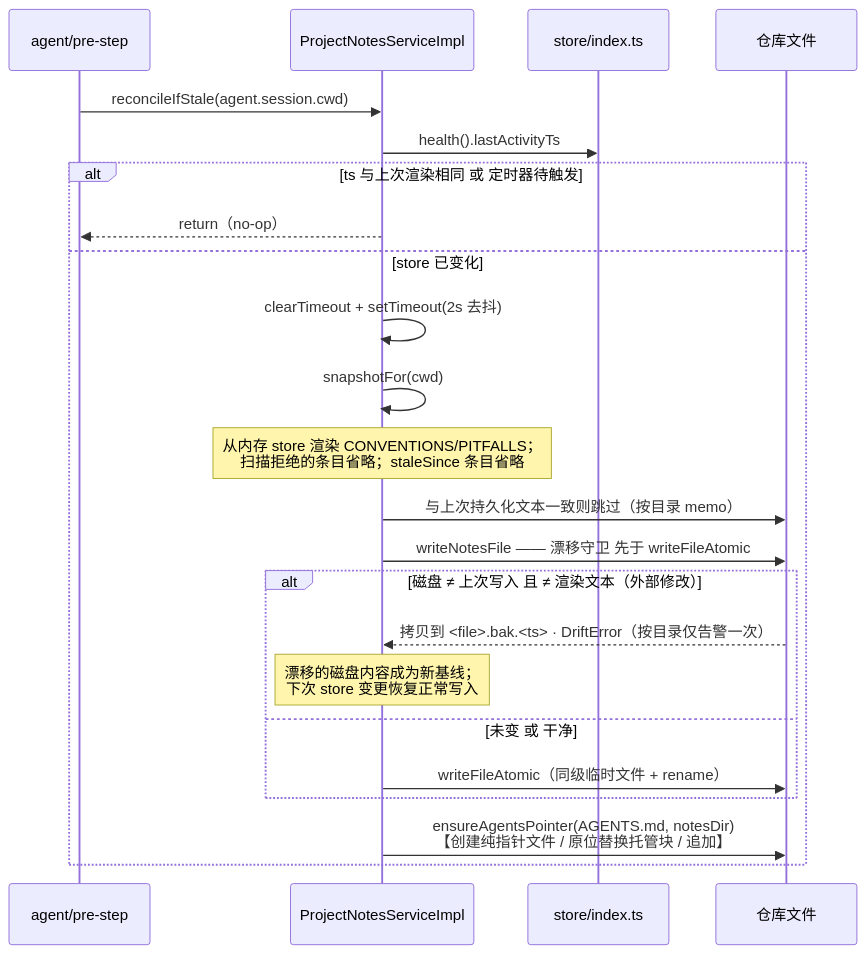
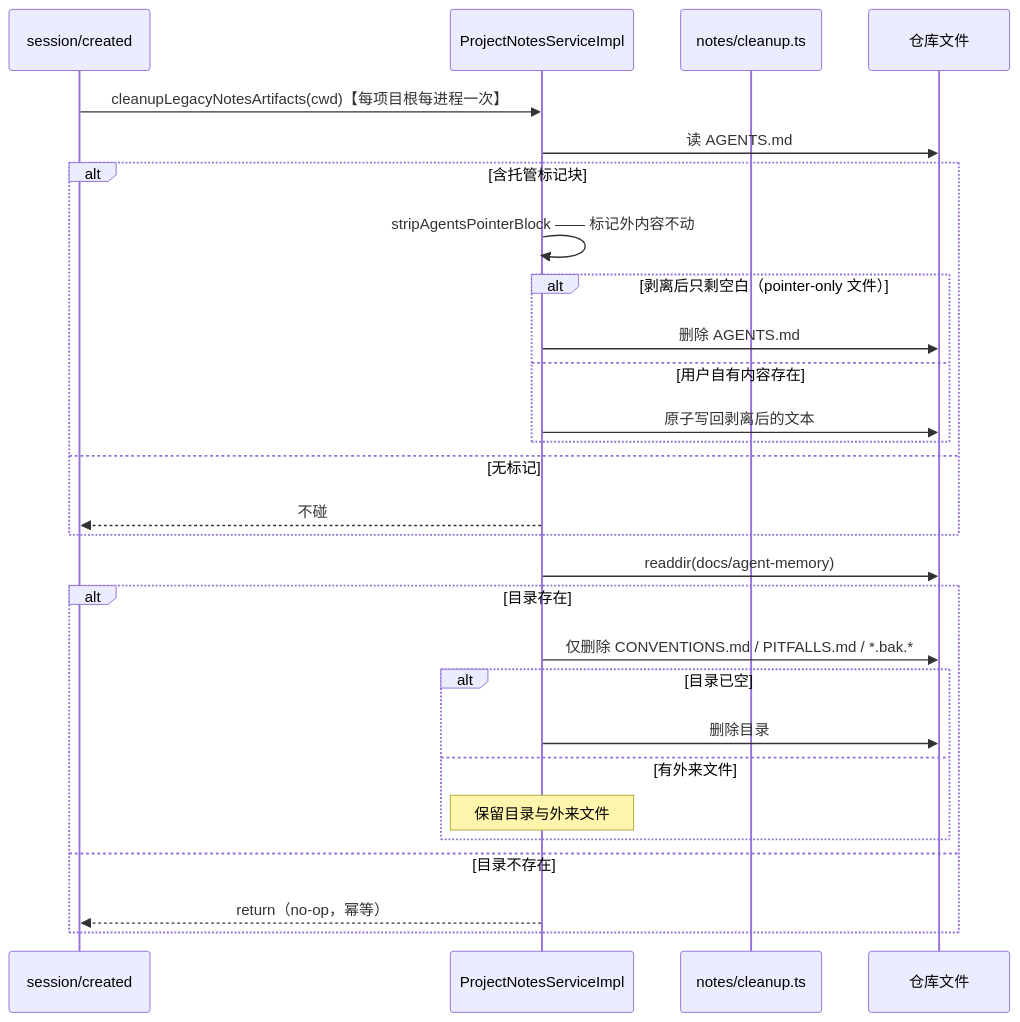
Before and after one commit to chenhw7/dsh-memory: the tenth of 14 diagrams in docs/SEQUENCE_DIAGRAMS.zh-CN.md, drawn with Mermaid. The commit also changed other lines of this file and 27 other files, not shown here.

First line of the commit message:
feat(notes)!: stop writing memory files into the user's repo (prompt-only projection)

````diff
--- a/docs/SEQUENCE_DIAGRAMS.zh-CN.md
+++ b/docs/SEQUENCE_DIAGRAMS.zh-CN.md
@@ -485,26 +485,31 @@
 ```mermaid
 sequenceDiagram
-    participant Step as agent/pre-step
+    participant SC as session/created
     participant NotesSvc as ProjectNotesServiceImpl
-    participant Store as store/index.ts
+    participant Clean as notes/cleanup.ts
     participant FS as 仓库文件
 
-    Step->>NotesSvc: reconcileIfStale(agent.session.cwd)
-    NotesSvc->>Store: health().lastActivityTs
-    alt ts 与上次渲染相同 或 定时器待触发
-        NotesSvc-->>Step: return（no-op）
-    else store 已变化
-        NotesSvc->>NotesSvc: clearTimeout + setTimeout(2s 去抖)
-        NotesSvc->>NotesSvc: snapshotFor(cwd)
-        Note over NotesSvc: 从内存 store 渲染 CONVENTIONS/PITFALLS；<br/>扫描拒绝的条目省略；staleSince 条目省略
-        NotesSvc->>FS: 与上次持久化文本一致则跳过（按目录 memo）
-        NotesSvc->>FS: writeNotesFile —— 漂移守卫 先于 writeFileAtomic
-        alt 磁盘 ≠ 上次写入 且 ≠ 渲染文本（外部修改）
-            FS-->>NotesSvc: 拷贝到 <file>.bak.<ts> · DriftError（按目录仅告警一次）
-            Note over NotesSvc: 漂移的磁盘内容成为新基线；<br/>下次 store 变更恢复正常写入
-        else 未变 或 干净
-            NotesSvc->>FS: writeFileAtomic（同级临时文件 + rename）
+    SC->>NotesSvc: cleanupLegacyNotesArtifacts(cwd)【每项目根每进程一次】
+    NotesSvc->>FS: 读 AGENTS.md
+    alt 含托管标记块
+        NotesSvc->>NotesSvc: stripAgentsPointerBlock —— 标记外内容不动
+        alt 剥离后只剩空白（pointer-only 文件）
+            NotesSvc->>FS: 删除 AGENTS.md
+        else 用户自有内容存在
+            NotesSvc->>FS: 原子写回剥离后的文本
         end
-        NotesSvc->>FS: ensureAgentsPointer(AGENTS.md, notesDir)<br/>【创建纯指针文件 / 原位替换托管块 / 追加】
+    else 无标记
+        NotesSvc-->>SC: 不碰
+    end
+    NotesSvc->>FS: readdir(docs/agent-memory)
+    alt 目录存在
+        NotesSvc->>FS: 仅删除 CONVENTIONS.md / PITFALLS.md / *.bak.*
+        alt 目录已空
+            NotesSvc->>FS: 删除目录
+        else 有外来文件
+            Note over NotesSvc: 保留目录与外来文件
+        end
+    else 目录不存在
+        NotesSvc-->>SC: return（no-op，幂等）
     end
 ```
````
